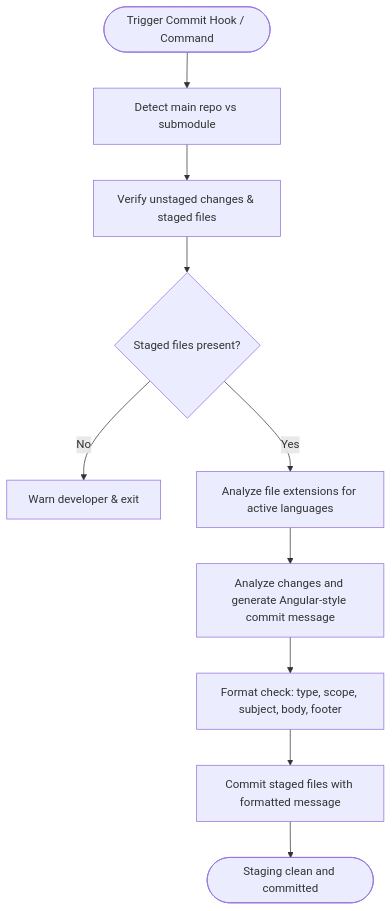
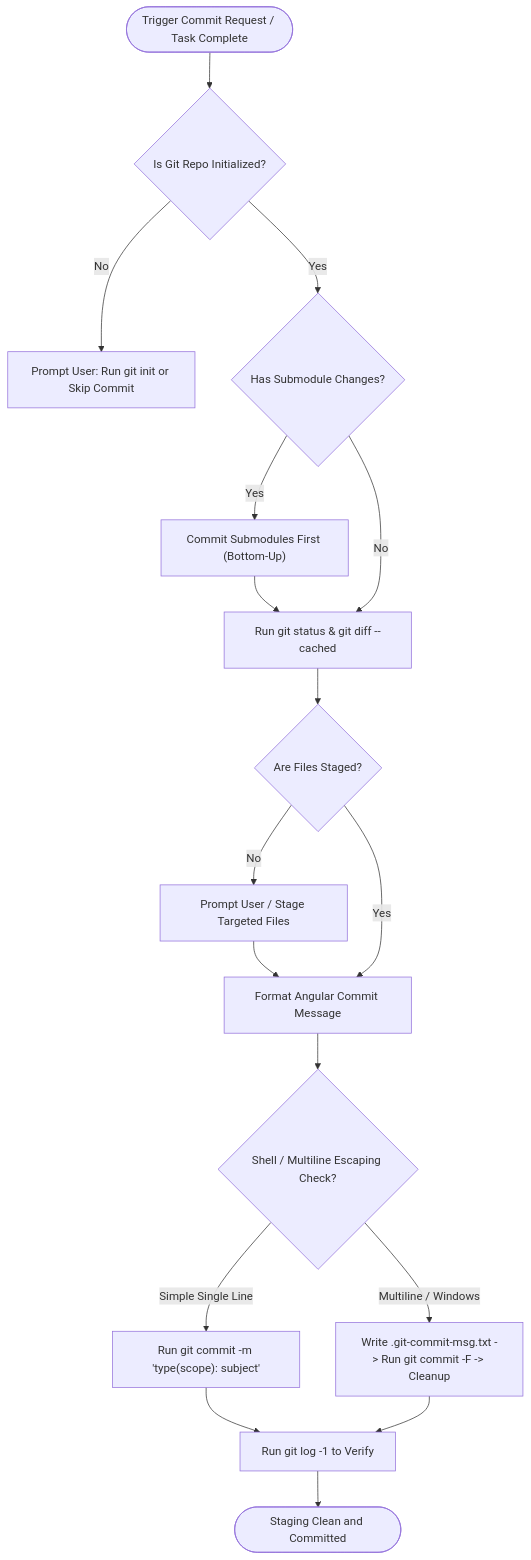
One commit to dyphn1/Harness-everything changed the first of 3 diagrams in docs/workflows/git-commit.md. Above: the diagram before and after it, drawn with Mermaid. The commit also changed 54 other files, not shown here.

````diff
--- a/docs/workflows/git-commit.md
+++ b/docs/workflows/git-commit.md
@@ -11,12 +11,21 @@
 ```mermaid
 graph TD
-  Start([Trigger Commit Hook / Command]) --> DetectRepo["Detect main repo vs submodule"]
-  DetectRepo --> PreCheck["Verify unstaged changes & staged files"]
-  PreCheck --> StageCheck{Staged files present?}
-  StageCheck -->|No| Warning["Warn developer & exit"]
-  StageCheck -->|Yes| DetectLang["Analyze file extensions for active languages"]
-  DetectLang --> GenMessage["Analyze changes and generate Angular-style commit message"]
-  GenMessage --> FormatCheck["Format check: type, scope, subject, body, footer"]
-  FormatCheck --> WriteCommit["Commit staged files with formatted message"]
-  WriteCommit --> End([Staging clean and committed])
+  Start([Trigger Commit Request / Task Complete]) --> CheckGit{Is Git Repo Initialized?}
+  CheckGit -->|No| OfferInit["Prompt User: Run git init or Skip Commit"]
+  CheckGit -->|Yes| CheckSubmodules{Has Submodule Changes?}
+  
+  CheckSubmodules -->|Yes| CommitSubmodules["Commit Submodules First (Bottom-Up)"] --> CheckStatus
+  CheckSubmodules -->|No| CheckStatus["Run git status & git diff --cached"]
+  
+  CheckStatus --> StageCheck{Are Files Staged?}
+  StageCheck -->|No| AskStage["Prompt User / Stage Targeted Files"] --> FormatMessage
+  StageCheck -->|Yes| FormatMessage["Format Angular Commit Message"]
+  
+  FormatMessage --> CheckShell{Shell / Multiline Escaping Check?}
+  CheckShell -->|Simple Single Line| DirectCommit["Run git commit -m 'type(scope): subject'"]
+  CheckShell -->|Multiline / Windows| TempFileCommit["Write .git-commit-msg.txt -> Run git commit -F -> Cleanup"]
+  
+  DirectCommit --> VerifyCommit["Run git log -1 to Verify"]
+  TempFileCommit --> VerifyCommit
+  VerifyCommit --> End([Staging Clean and Committed])
 ```
````
